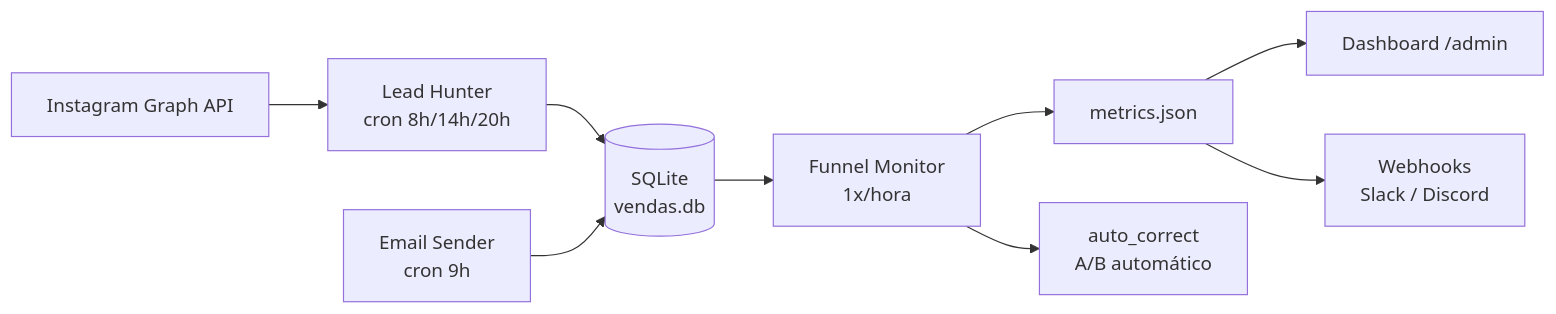
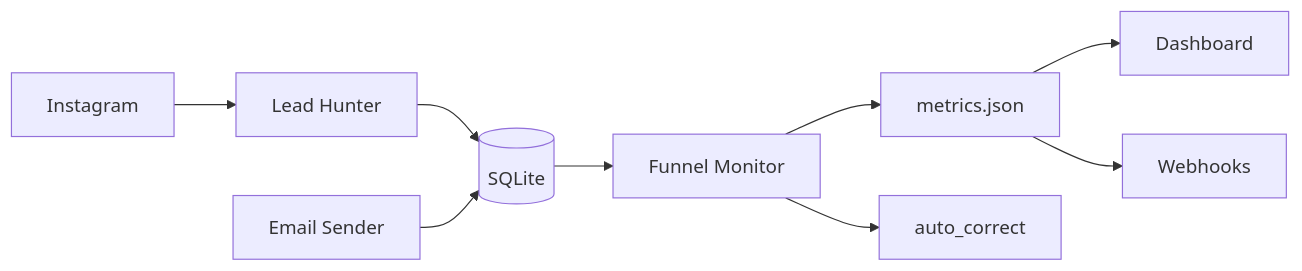
One commit to Heverton-web/proj_fabrica-de-livros changed the diagram in docs/manual-completo-fabrica.md. Above: the diagram before and after it, drawn with Mermaid. The commit also changed other lines of this file and 1 other file, not shown here.

````diff
--- a/docs/manual-completo-fabrica.md
+++ b/docs/manual-completo-fabrica.md
@@ -848,11 +712,11 @@
 ```mermaid
 flowchart LR
-    IG[Instagram Graph API] --> LH[Lead Hunter<br/>cron 8h/14h/20h]
-    LH --> SQL[(SQLite<br/>vendas.db)]
-    ES[Email Sender<br/>cron 9h] --> SQL
-    SQL --> FM[Funnel Monitor<br/>1x/hora]
+    IG[Instagram] --> LH[Lead Hunter]
+    LH --> SQL[(SQLite)]
+    ES[Email Sender] --> SQL
+    SQL --> FM[Funnel Monitor]
     FM --> MET[metrics.json]
-    MET --> DB[Dashboard /admin]
-    MET --> WH[Webhooks<br/>Slack / Discord]
-    FM --> AC[auto_correct<br/>A/B automático]
+    MET --> DB[Dashboard]
+    MET --> WH[Webhooks]
+    FM --> AC[auto_correct]
 ```
````
